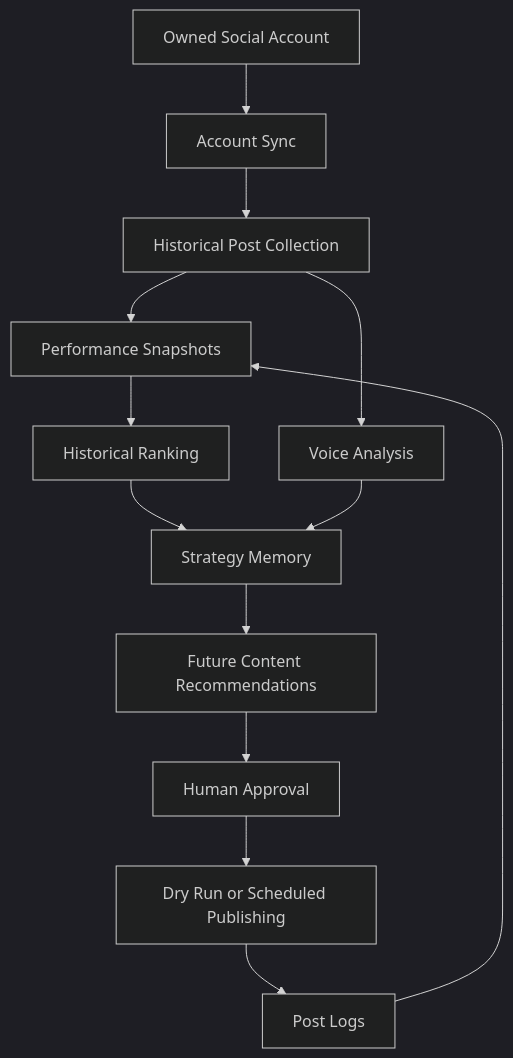
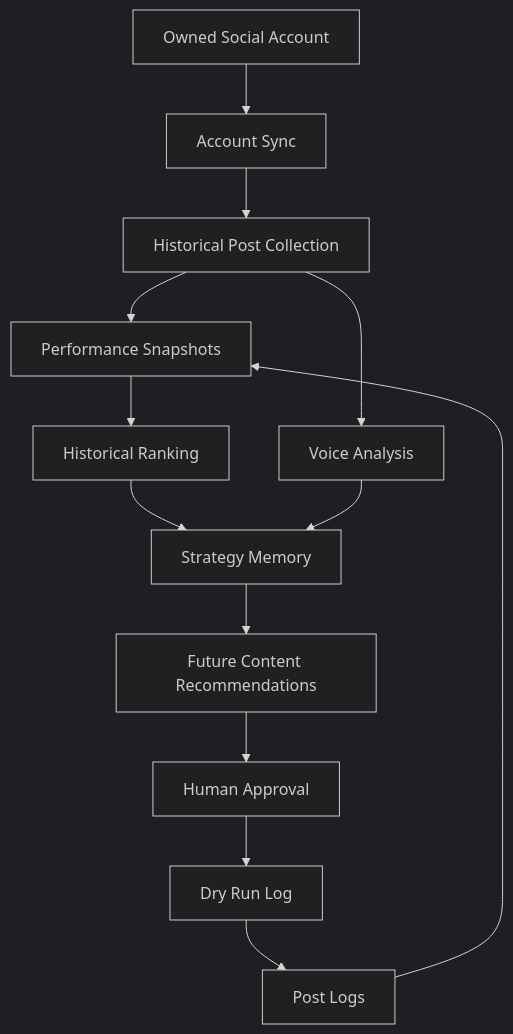
One commit to Prashamv/kourai-skill-tree changed the diagram in diagrams/learning-loop.md. Above: the diagram before and after it, drawn with Mermaid (dark theme). The commit also changed 20 other files, not shown here.

````diff
--- a/diagrams/learning-loop.md
+++ b/diagrams/learning-loop.md
@@ -3,15 +3,15 @@
 ```mermaid
 flowchart TD
     A[Owned Social Account] --> B[Account Sync]
     B --> C[Historical Post Collection]
     C --> D[Performance Snapshots]
     D --> E[Historical Ranking]
     C --> F[Voice Analysis]
     E --> G[Strategy Memory]
     F --> G
     G --> H[Future Content Recommendations]
     H --> I[Human Approval]
-    I --> J[Dry Run or Scheduled Publishing]
+    I --> J[Dry Run Log]
     J --> K[Post Logs]
     K --> D
 ```
````
